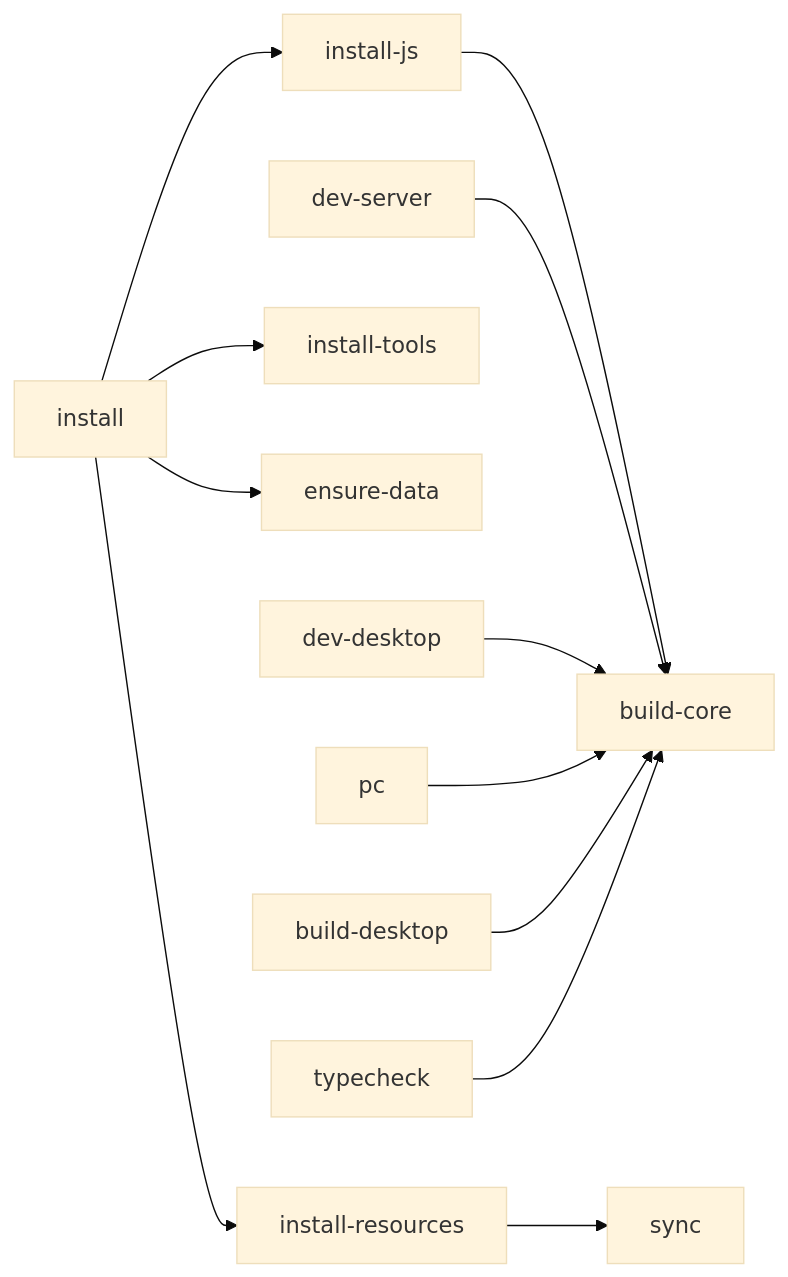
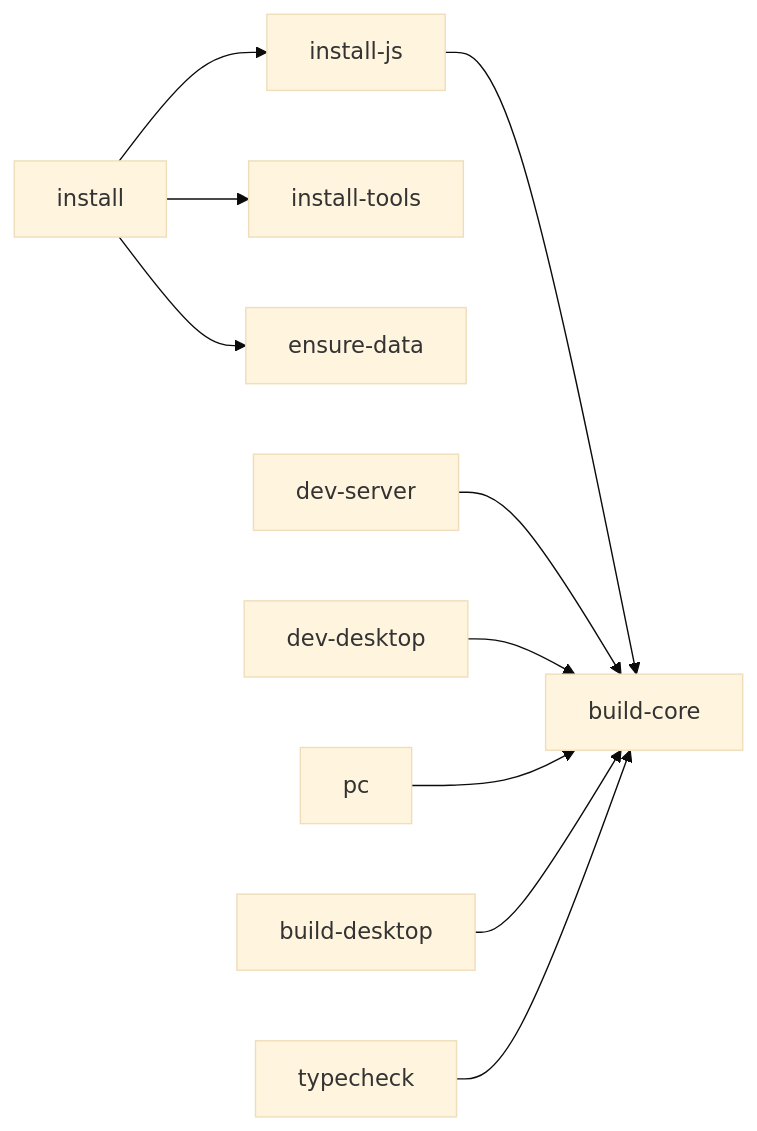
The diagram in docs/07-workflows.md (arnaudsomville/Arset_program), drawn with Mermaid (base theme) before and after one commit. The commit also changed other lines of this file and 9 other files, not shown here.

````diff
--- a/docs/07-workflows.md
+++ b/docs/07-workflows.md
@@ -137,12 +138,11 @@
 ```mermaid
 flowchart LR
     install --> install-js --> build-core
-    install --> install-resources --> sync
     install --> install-tools
     install --> ensure-data
     dev-server --> build-core
     dev-desktop --> build-core
     pc --> build-core
     build-desktop --> build-core
     typecheck --> build-core
 ```
````
